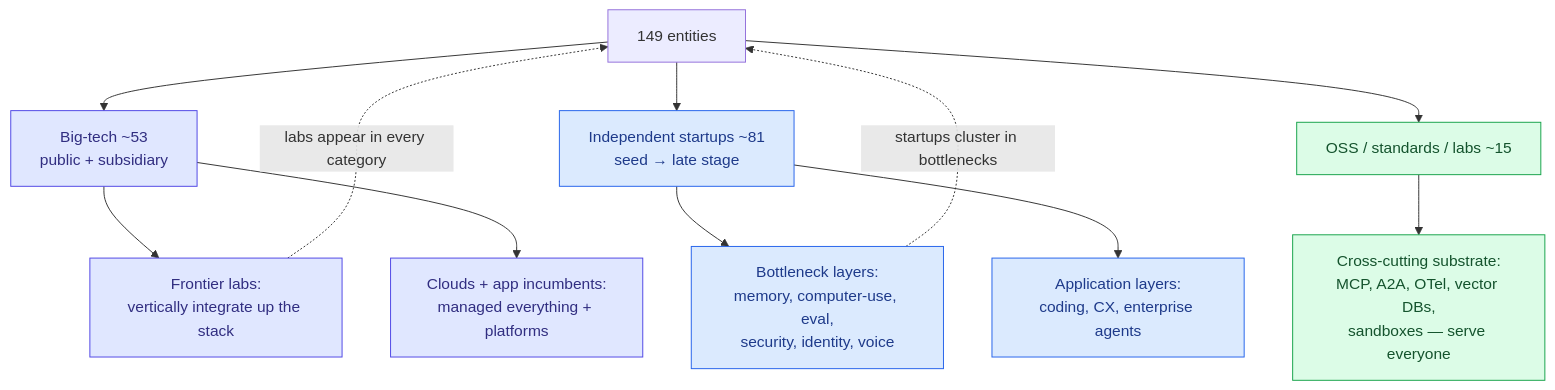
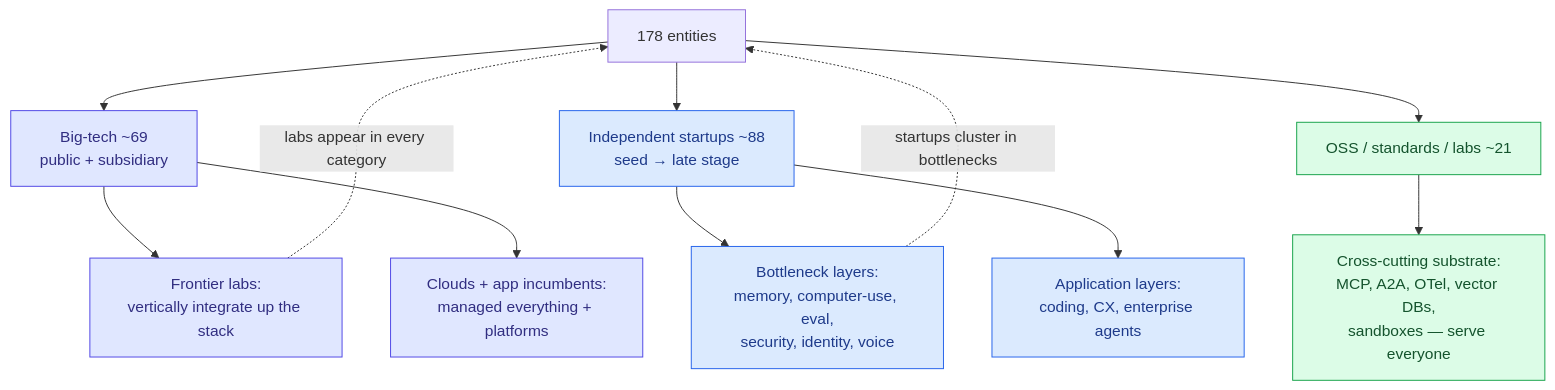
One commit to FrankHuang94/ai_agent_tech_claude changed the diagram in sections/16-master-competitive-database.md. Above: the diagram before and after it, drawn with Mermaid. The commit also changed other lines of this file and 16 other files, not shown here.

````diff
--- a/sections/16-master-competitive-database.md
+++ b/sections/16-master-competitive-database.md
@@ -42,20 +76,20 @@
 ```mermaid
 flowchart TD
-    DB[149 entities] --> BIG[Big-tech ~53<br/>public + subsidiary]
-    DB --> IND[Independent startups ~81<br/>seed → late stage]
-    DB --> OSS[OSS / standards / labs ~15]
+    DB[178 entities] --> BIG[Big-tech ~69<br/>public + subsidiary]
+    DB --> IND[Independent startups ~88<br/>seed → late stage]
+    DB --> OSS[OSS / standards / labs ~21]
     BIG --> BL[Frontier labs:<br/>vertically integrate up the stack]
     BIG --> CL[Clouds + app incumbents:<br/>managed everything + platforms]
     IND --> BOT[Bottleneck layers:<br/>memory, computer-use, eval,<br/>security, identity, voice]
     IND --> APP[Application layers:<br/>coding, CX, enterprise agents]
     OSS --> INFRA[Cross-cutting substrate:<br/>MCP, A2A, OTel, vector DBs,<br/>sandboxes — serve everyone]
     BOT -.startups cluster in bottlenecks.-> DB
     BL -.labs appear in every category.-> DB
 
     classDef big fill:#e0e7ff,stroke:#4f46e5,color:#312e81;
     classDef ind fill:#dbeafe,stroke:#2563eb,color:#1e3a8a;
     classDef oss fill:#dcfce7,stroke:#16a34a,color:#14532d;
     class BIG,BL,CL big;
     class IND,BOT,APP ind;
     class OSS,INFRA oss;
 ```
````
